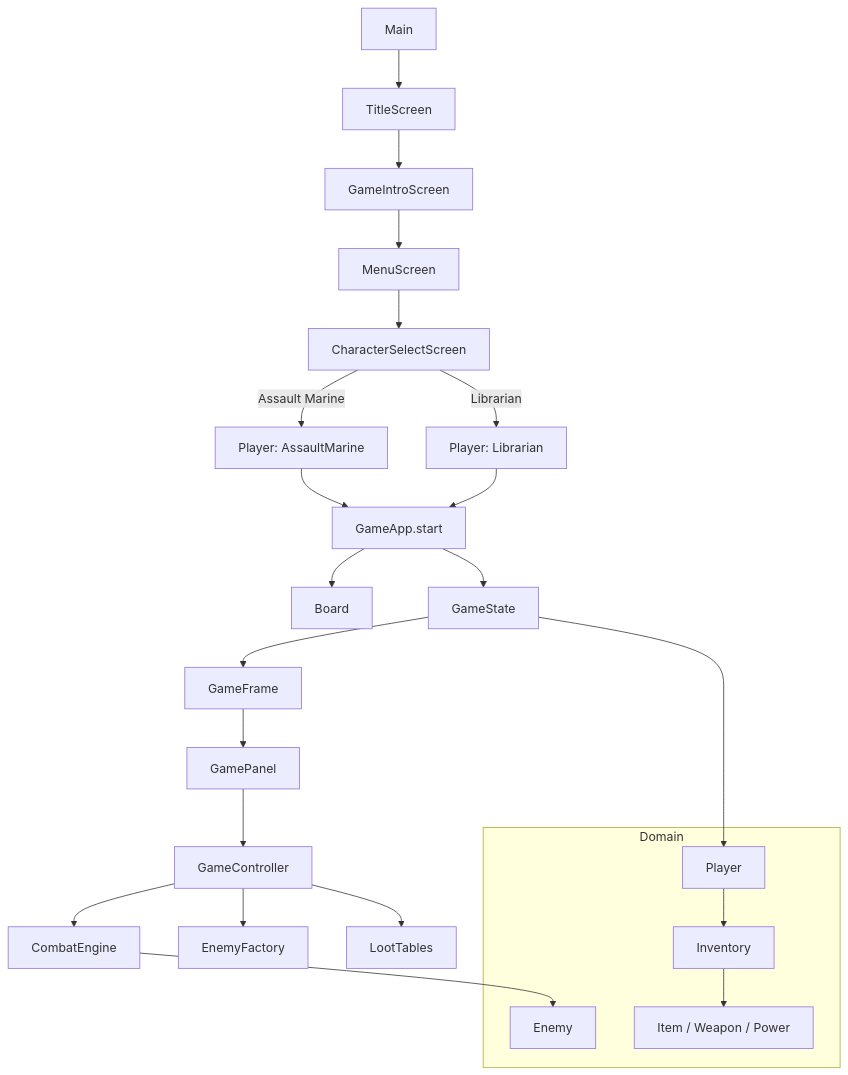
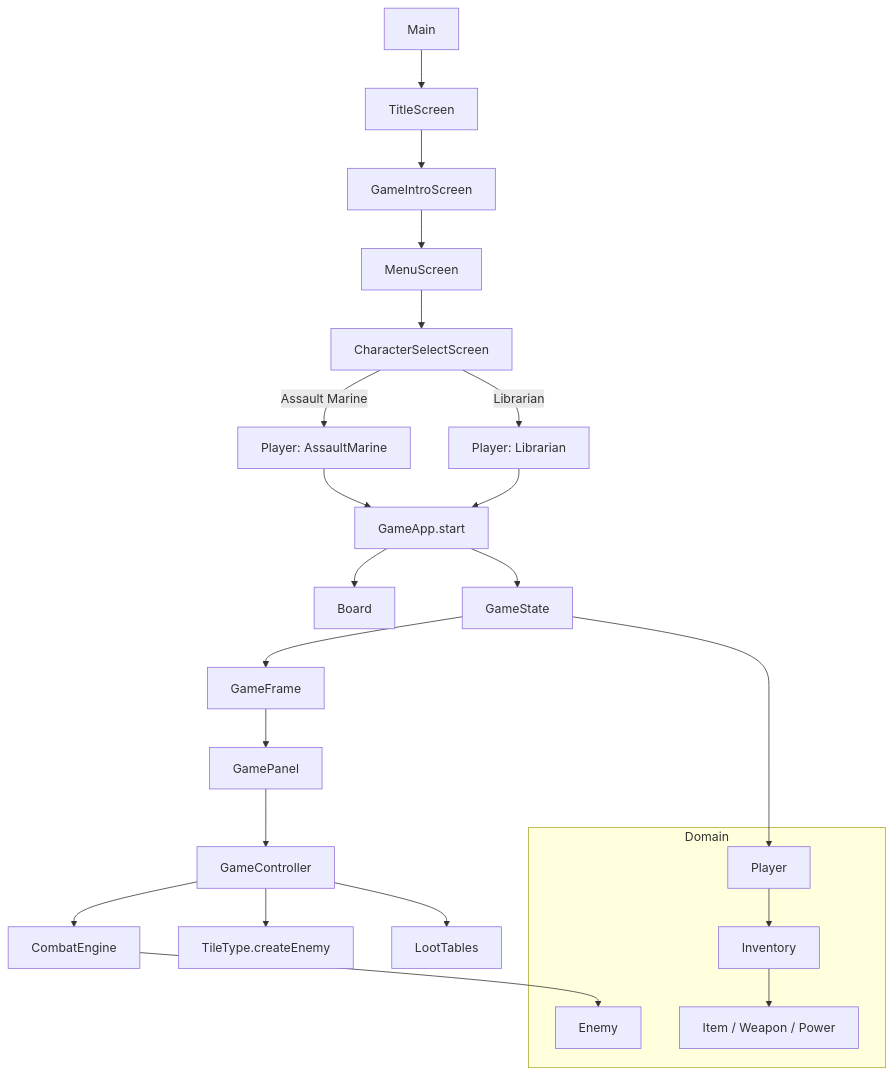
The diagram in README.md (Romain-massacrier/Escape-from-the-Battle-Barge), drawn with Mermaid before and after one commit. The commit also changed other lines of this file and 44 other files, not shown here.

````diff
--- a/README.md
+++ b/README.md
@@ -22,35 +22,35 @@
 ```mermaid
 flowchart TD
     A[Main] --> B[TitleScreen]
     B --> C[GameIntroScreen]
     C --> D[MenuScreen]
     D --> E[CharacterSelectScreen]
 
     E -->|Assault Marine| F[Player: AssaultMarine]
     E -->|Librarian| G[Player: Librarian]
 
     F --> H[GameApp.start]
     G --> H
 
     H --> I[Board]
     H --> J[GameState]
     J --> K[GameFrame]
     K --> L[GamePanel]
 
     L --> M[GameController]
     M --> N[CombatEngine]
-    M --> O[EnemyFactory]
+    M --> O[TileType.createEnemy]
     M --> P[LootTables]
 
     subgraph Domain
         Q[Player]
         R[Enemy]
         S[Inventory]
         T[Item / Weapon / Power]
     end
 
     J --> Q
     N --> R
     Q --> S
     S --> T
 ```
````
